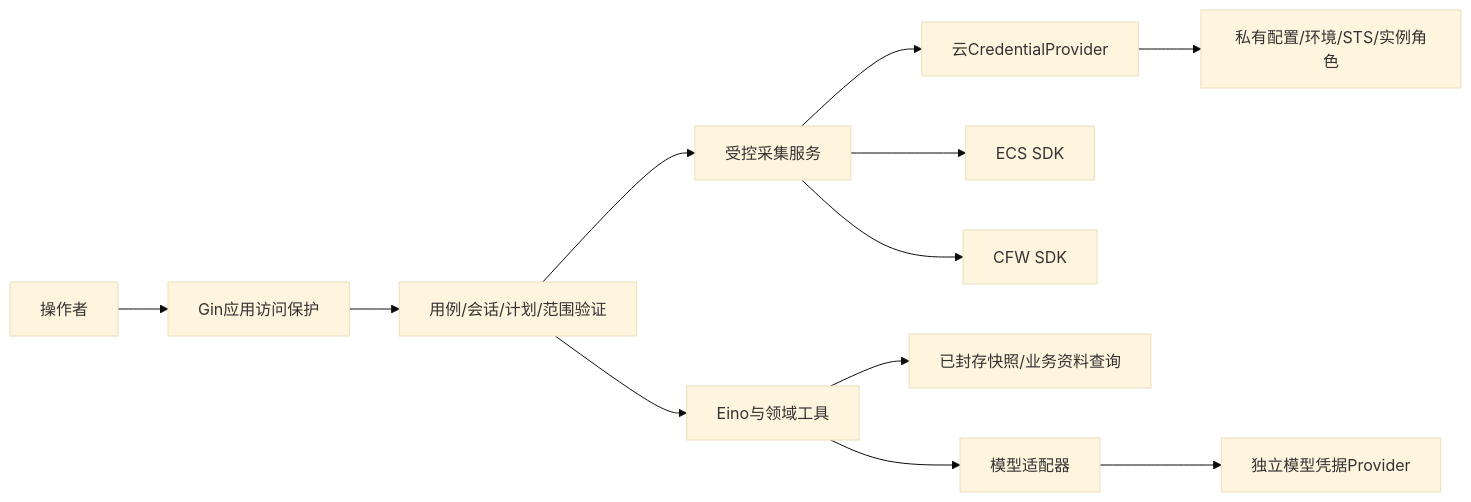
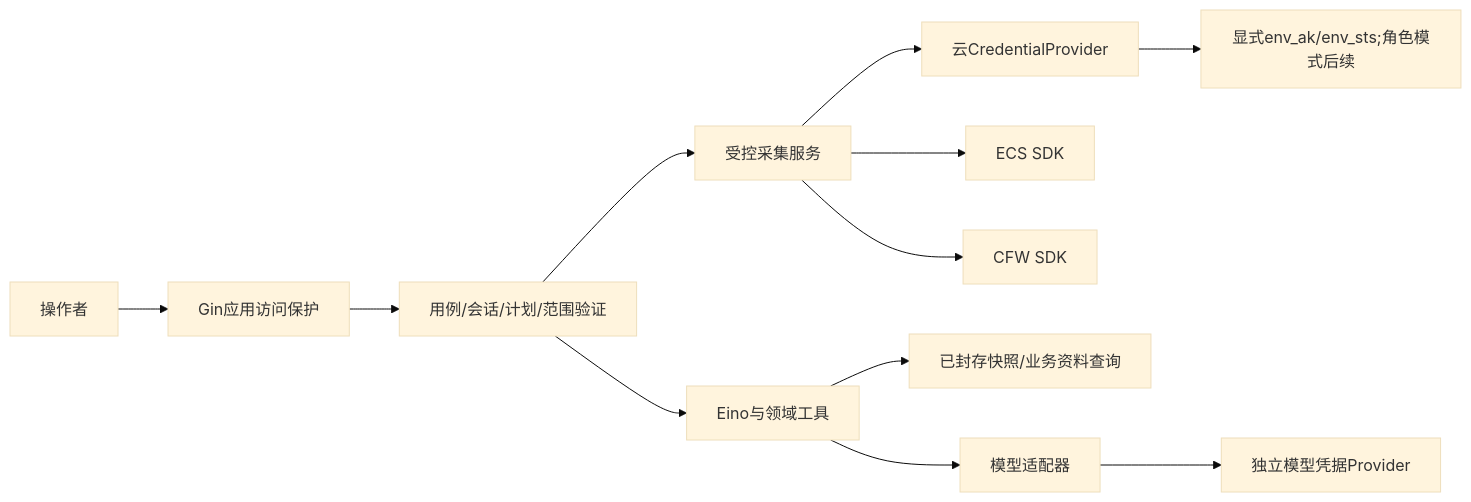
Before and after one commit to codelaod/cfw-policy-llm-agent: the diagram in docs/design/credentials-and-permissions.md, drawn with Mermaid (base theme). The commit also changed other lines of this file and 37 other files, not shown here.

````diff
--- a/docs/design/credentials-and-permissions.md
+++ b/docs/design/credentials-and-permissions.md
@@ -18,14 +18,14 @@
 ```mermaid
 flowchart LR
   U[操作者] --> A[Gin应用访问保护]
   A --> S[用例/会话/计划/范围验证]
   S --> C[受控采集服务]
   C --> P[云CredentialProvider]
-  P --> K[私有配置/环境/STS/实例角色]
+  P --> K[显式env_ak/env_sts;角色模式后续]
   C --> E[ECS SDK]
   C --> F[CFW SDK]
   S --> G[Eino与领域工具]
   G --> Q[已封存快照/业务资料查询]
   G --> M[模型适配器]
   M --> MP[独立模型凭据Provider]
 ```
````
